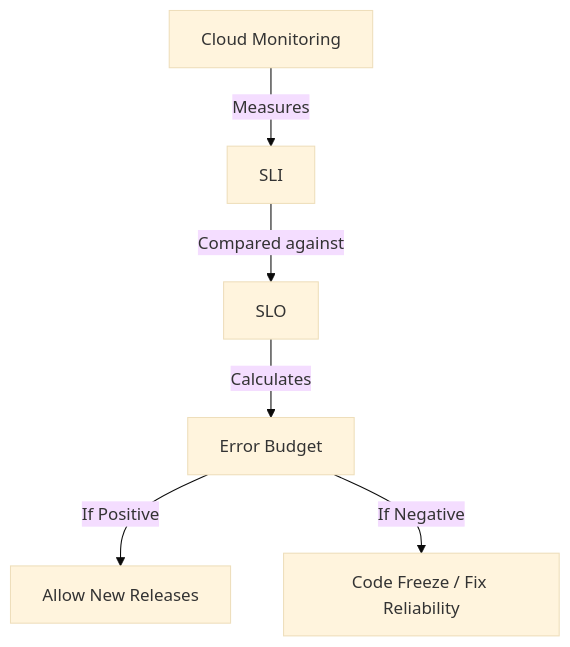
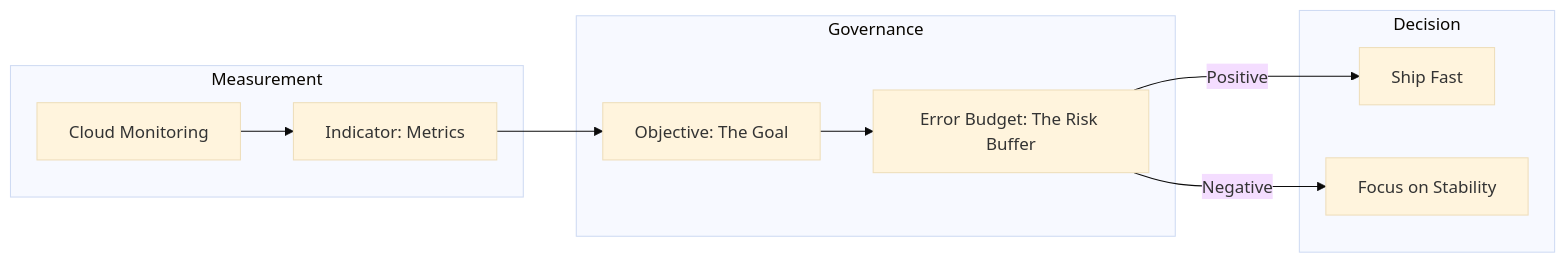
The diagram in curriculum/content/section_36_sre_ops.md (jyothivempa/gcp-study-plan), drawn with Mermaid (base theme) before and after one commit. The commit also changed other lines of this file and 72 other files, not shown here.

````diff
--- a/curriculum/content/section_36_sre_ops.md
+++ b/curriculum/content/section_36_sre_ops.md
@@ -41,9 +42,16 @@
 ```mermaid
-graph TD
-    Monitor[Cloud Monitoring] -->|Measures| SLI
-    SLI -->|Compared against| SLO
-    SLO -->|Calculates| Budget[Error Budget]
-    
-    Budget -->|If Positive| Deploy[Allow New Releases]
-    Budget -->|If Negative| Freeze[Code Freeze / Fix Reliability]
+graph LR
+    subgraph "Measurement"
+        Metrics[Cloud Monitoring] --> SLI[Indicator: Metrics]
+    end
+
+    subgraph "Governance"
+        SLI --> SLO[Objective: The Goal]
+        SLO --> EB[Error Budget: The Risk Buffer]
+    end
+
+    subgraph "Decision"
+        EB -->|Positive| Update[Ship Fast]
+        EB -->|Negative| Freeze[Focus on Stability]
+    end
 ```
````
